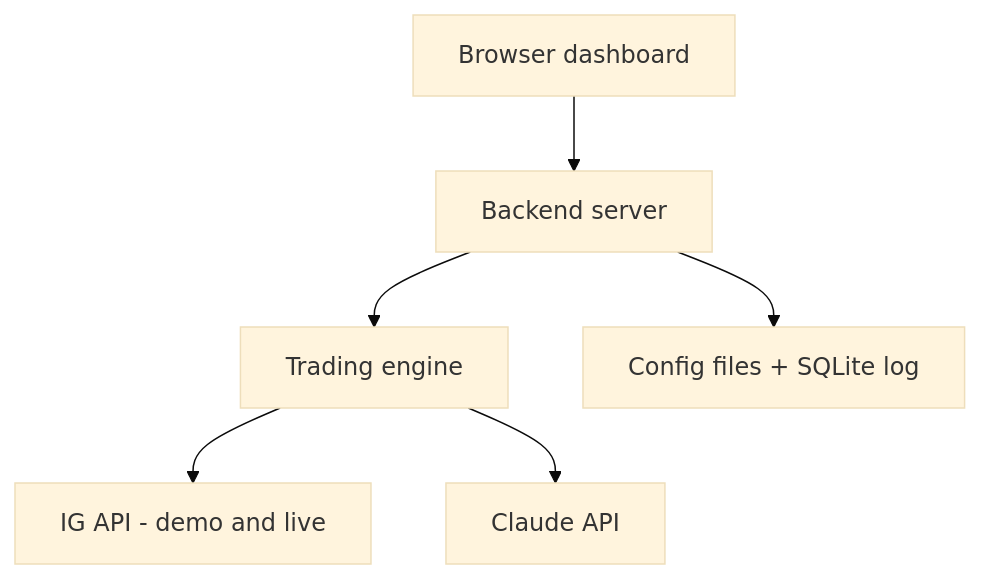
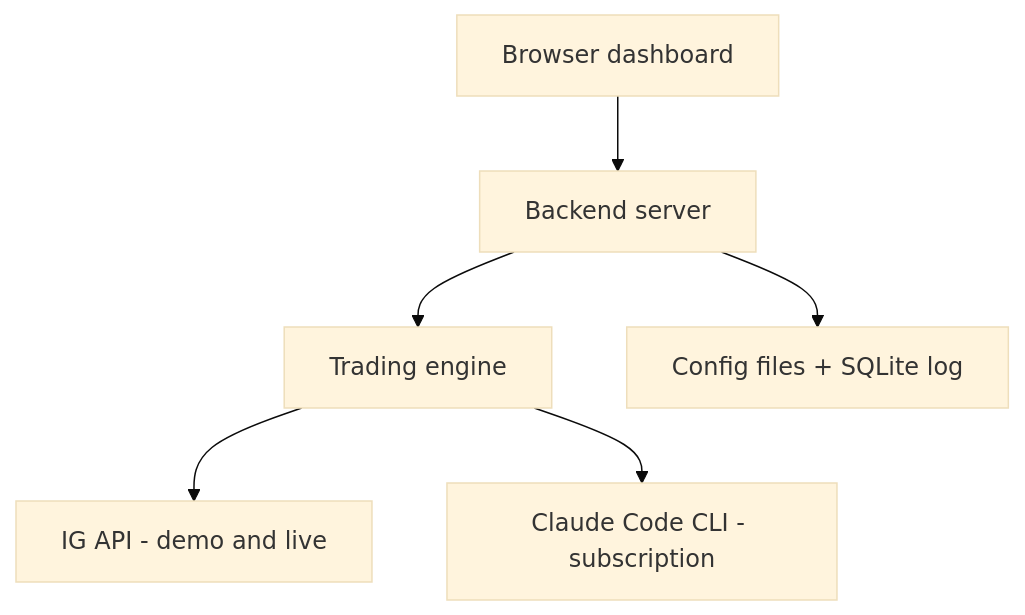
The first of 2 diagrams in DesignDocument/ig_trading_bot_design.md (DJooste99/TradingBot-IGTrading-Version2), drawn with Mermaid (base theme) before and after one commit. The commit also changed other lines of this file and 14 other files, not shown here.

First line of the commit message:
Add manual trading mode, manual trade logging, and Claude Code CLI

````diff
--- a/DesignDocument/ig_trading_bot_design.md
+++ b/DesignDocument/ig_trading_bot_design.md
@@ -19,8 +20,8 @@
 ```mermaid
 flowchart TD
     A[Browser dashboard] --> B[Backend server]
     B --> C[Trading engine]
     B --> D[Config files + SQLite log]
     C --> E[IG API - demo and live]
-    C --> F[Claude API]
+    C --> F[Claude Code CLI - subscription]
 ```
````
